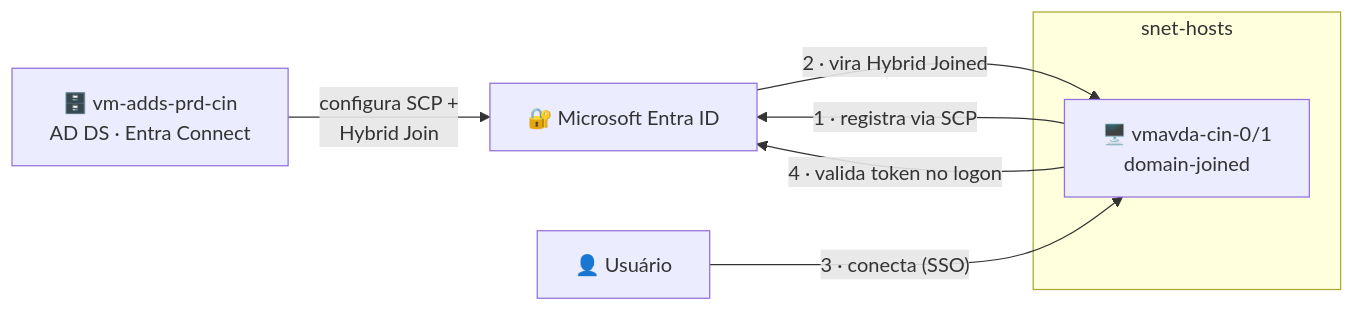
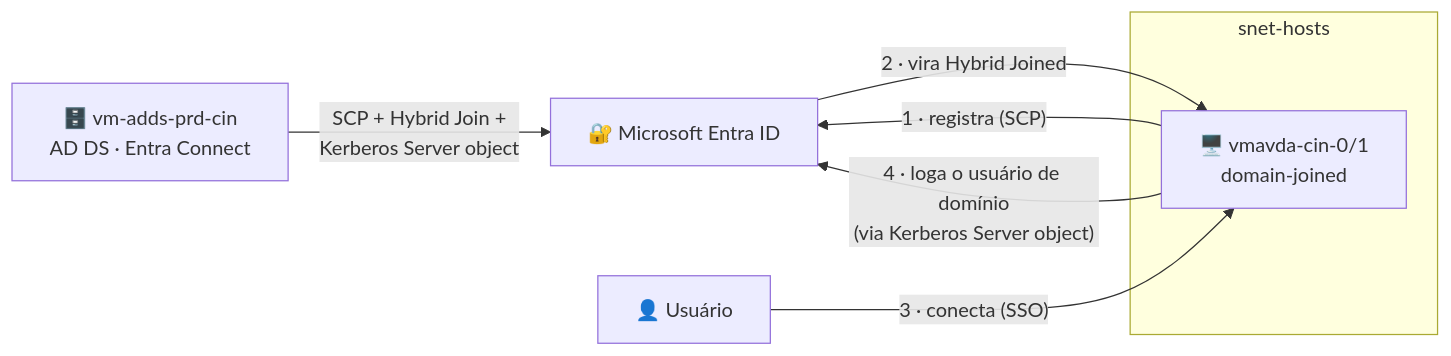
Before and after one commit to raphasi/posavd: the diagram in Lab04_SSO_ADDS.md, drawn with Mermaid. The commit also changed other lines of this file, not shown here.

Commit message:
Lab04: detalha SSO híbrido completo — Kerberos Server object (Parte D), troubleshooting de hybrid join, instalação do módulo (TLS/NuGet/PS5.1), tenant correto e tabela de erros reais

````diff
--- a/Lab04_SSO_ADDS.md
+++ b/Lab04_SSO_ADDS.md
@@ -18,11 +18,11 @@
 ```mermaid
 flowchart LR
-    DC["🗄️ vm-adds-prd-cin<br/>AD DS · Entra Connect"] -->|"configura SCP +<br/>Hybrid Join"| E["🔐 Microsoft Entra ID"]
+    DC["🗄️ vm-adds-prd-cin<br/>AD DS · Entra Connect"] -->|"SCP + Hybrid Join +<br/>Kerberos Server object"| E["🔐 Microsoft Entra ID"]
     subgraph SN["snet-hosts"]
       H["🖥️ vmavda-cin-0/1<br/>domain-joined"]
     end
-    H -->|"1 · registra via SCP"| E
+    H -->|"1 · registra (SCP)"| E
     E -->|"2 · vira Hybrid Joined"| H
     U["👤 Usuário"] -->|"3 · conecta (SSO)"| H
-    H -->|"4 · valida token no logon"| E
+    H -->|"4 · loga o usuário de domínio<br/>(via Kerberos Server object)"| E
 ```
````
